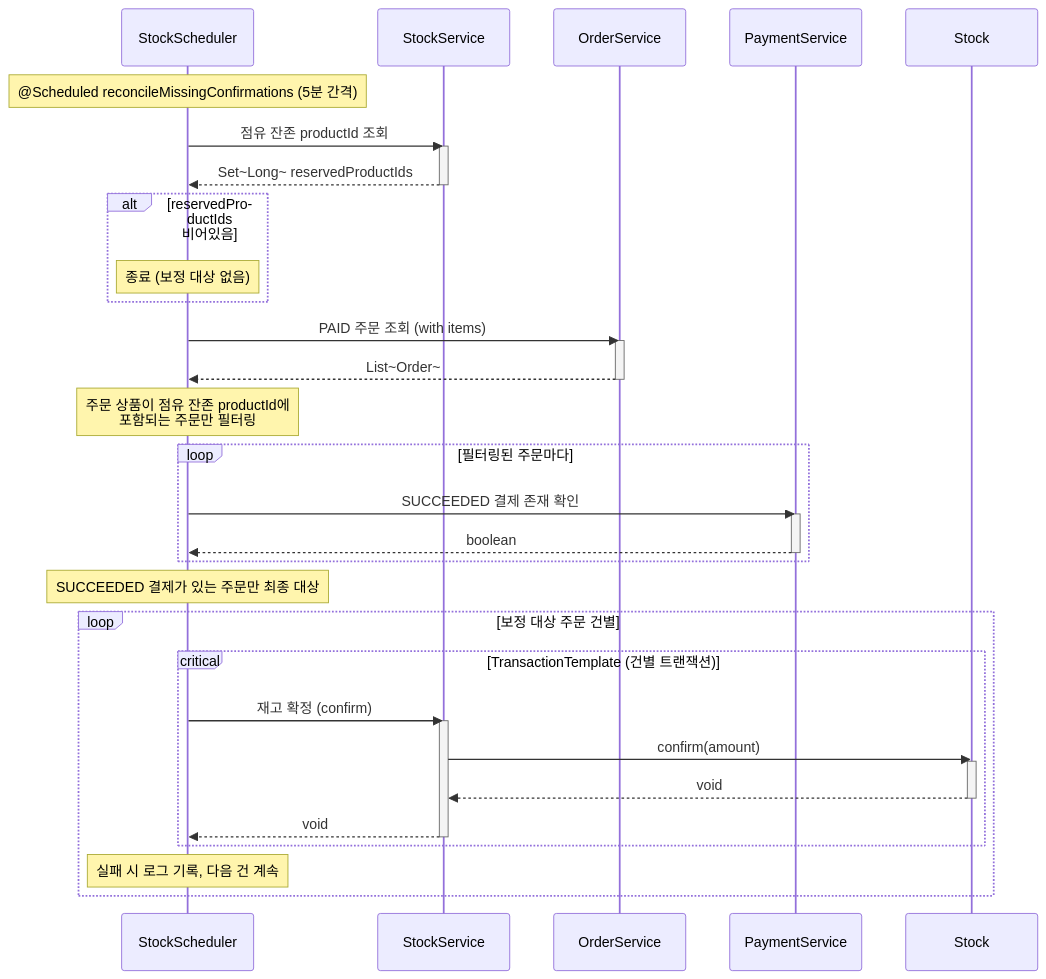
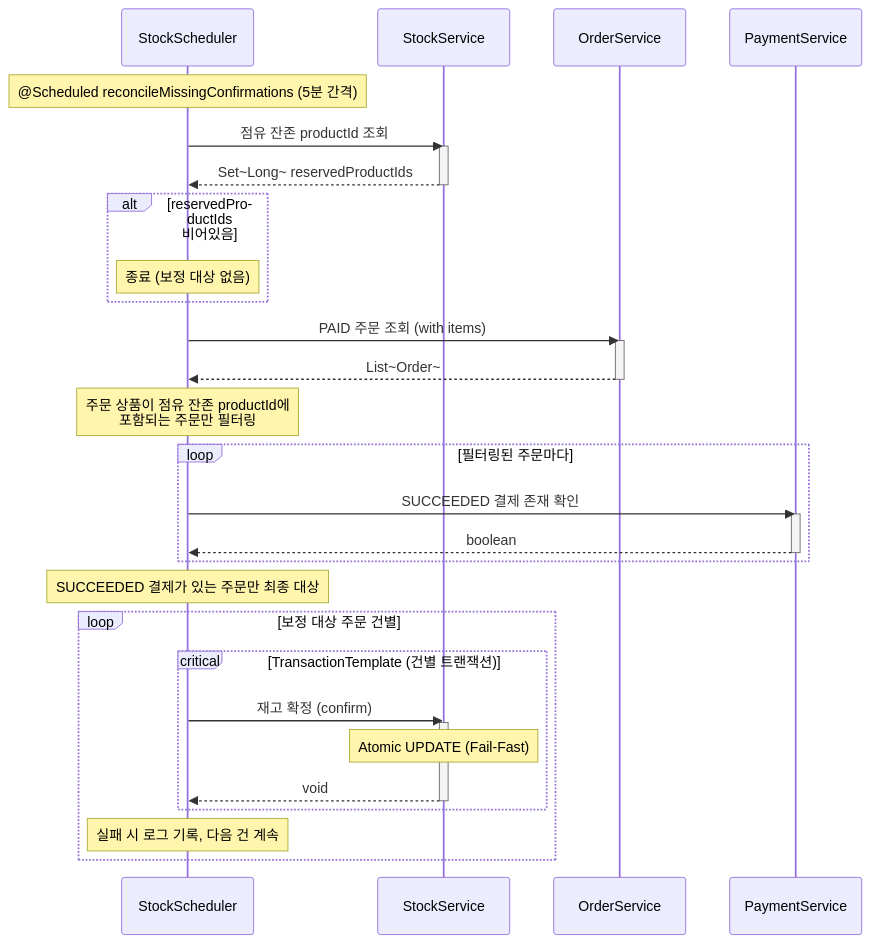
One commit to Loopers-dev-lab/loop-pack-be-l2-vol3-java changed the second of 2 diagrams in docs/design/stock/sequences/003-stock-reconciliation.md. Above: the diagram before and after it, drawn with Mermaid. The commit also changed other lines of this file and 12 other files, not shown here.

First line of the commit message:
refactor: Stock 동시성 제어를 비관적 락에서 Atomic UPDATE로 전환

````diff
--- a/docs/design/stock/sequences/003-stock-reconciliation.md
+++ b/docs/design/stock/sequences/003-stock-reconciliation.md
@@ -55,49 +51,45 @@
 ```mermaid
 sequenceDiagram
     participant Scheduler as StockScheduler
     participant SS as StockService
     participant OS as OrderService
     participant PS as PaymentService
-    participant Stock as Stock
 
     Note over Scheduler: @Scheduled reconcileMissingConfirmations (5분 간격)
 
     Scheduler->>SS: 점유 잔존 productId 조회
     activate SS
     SS-->>Scheduler: Set~Long~ reservedProductIds
     deactivate SS
 
     alt reservedProductIds 비어있음
         Note over Scheduler: 종료 (보정 대상 없음)
     end
 
     Scheduler->>OS: PAID 주문 조회 (with items)
     activate OS
     OS-->>Scheduler: List~Order~
     deactivate OS
 
     Note over Scheduler: 주문 상품이 점유 잔존 productId에<br/>포함되는 주문만 필터링
 
     loop 필터링된 주문마다
         Scheduler->>PS: SUCCEEDED 결제 존재 확인
         activate PS
         PS-->>Scheduler: boolean
         deactivate PS
     end
 
     Note over Scheduler: SUCCEEDED 결제가 있는 주문만 최종 대상
 
     loop 보정 대상 주문 건별
         critical TransactionTemplate (건별 트랜잭션)
             Scheduler->>SS: 재고 확정 (confirm)
             activate SS
-            SS->>Stock: confirm(amount)
-            activate Stock
-            Stock-->>SS: void
-            deactivate Stock
+            Note over SS: Atomic UPDATE (Fail-Fast)
             SS-->>Scheduler: void
             deactivate SS
         end
         Note over Scheduler: 실패 시 로그 기록, 다음 건 계속
     end
 ```
````
